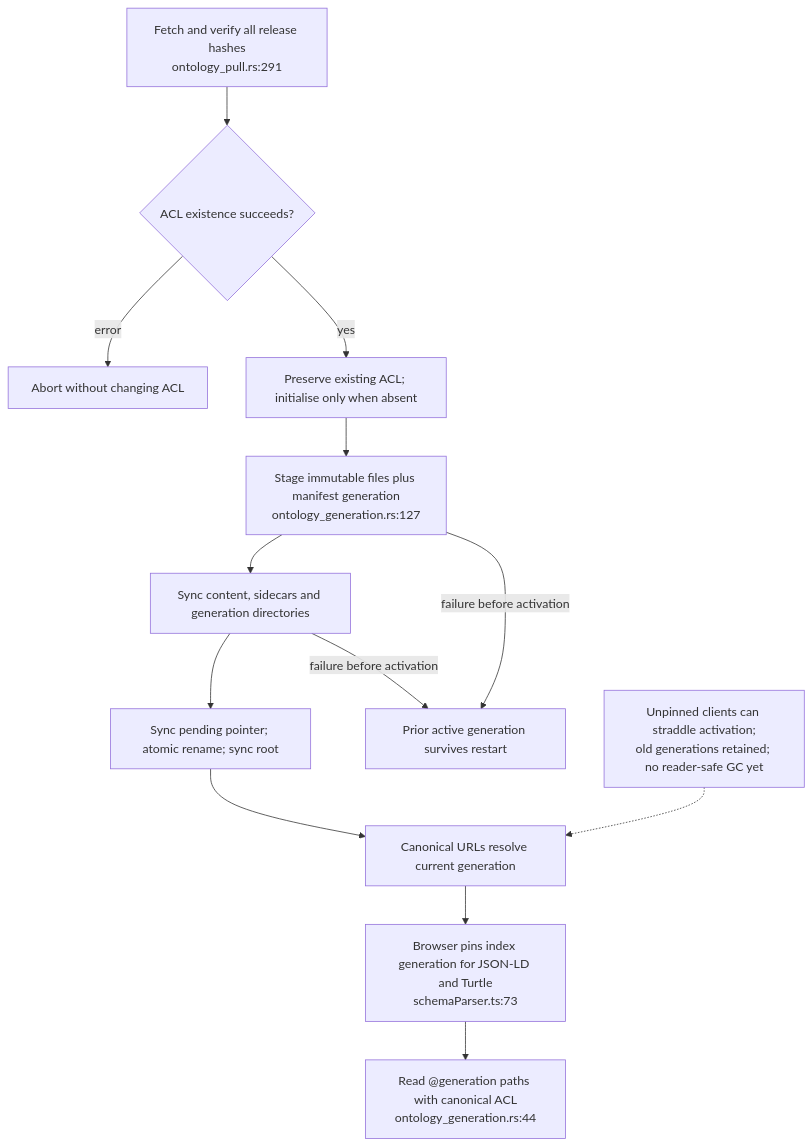
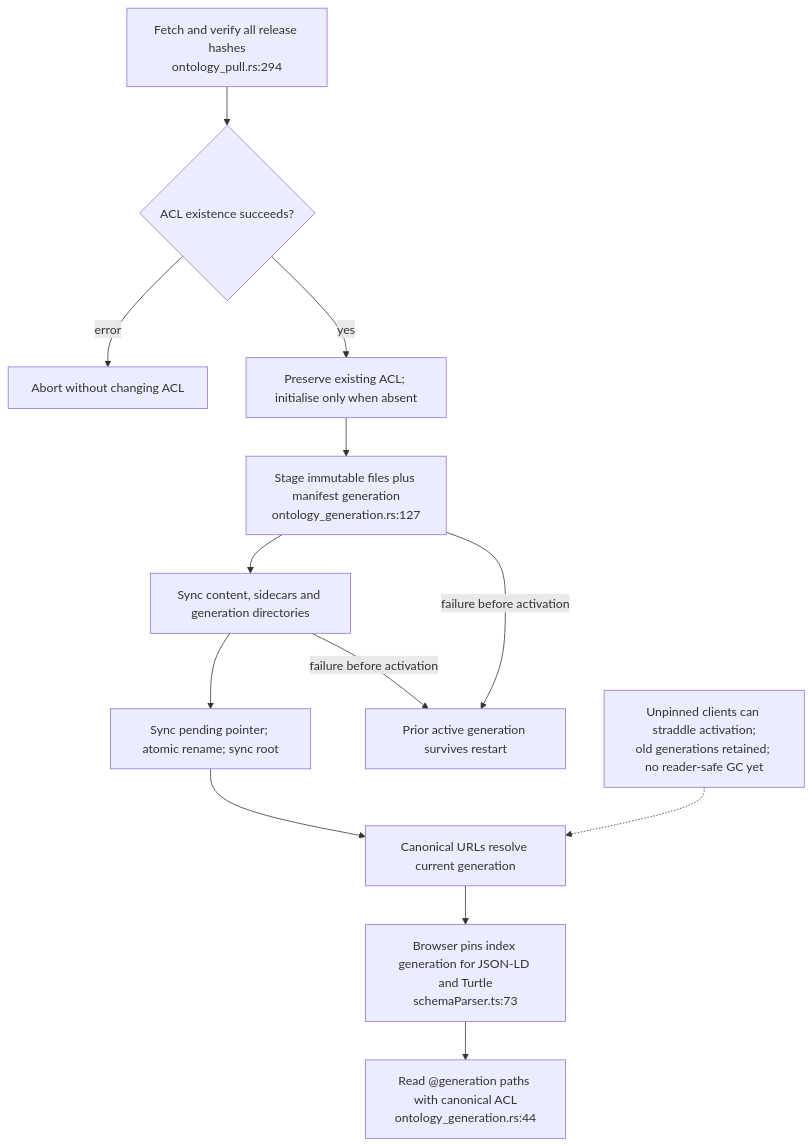
Diagram 14 of 14 in docs/diagrams/visionclaw/26-solid-pod-and-jss.md (DreamLab-AI/VisionFlow), drawn with Mermaid before and after one commit. The commit also changed other lines of this file and 51 other files, not shown here.

First line of the commit message:
docs(diagrams): agentbox AB-01..13 re-attested anchor by anchor (980 anchors, 22 defects); checkpoint against an out-of-mesh writer

````diff
--- a/docs/diagrams/visionclaw/26-solid-pod-and-jss.md
+++ b/docs/diagrams/visionclaw/26-solid-pod-and-jss.md
@@ -546,15 +546,15 @@
 ```mermaid
 flowchart TD
-    Fetch["Fetch and verify all release hashes<br/>ontology_pull.rs:291"] --> Probe{"ACL existence succeeds?"}
+    Fetch["Fetch and verify all release hashes<br/>ontology_pull.rs:294"] --> Probe{"ACL existence succeeds?"}
     Probe -->|error| Abort["Abort without changing ACL"]
     Probe -->|yes| ACL["Preserve existing ACL; initialise only when absent"]
     ACL --> Stage["Stage immutable files plus manifest generation<br/>ontology_generation.rs:127"]
     Stage --> Sync["Sync content, sidecars and generation directories"]
     Sync --> Activate["Sync pending pointer; atomic rename; sync root"]
     Stage -->|failure before activation| Old["Prior active generation survives restart"]
     Sync -->|failure before activation| Old
     Activate --> Canonical["Canonical URLs resolve current generation"]
     Canonical --> Pin["Browser pins index generation for JSON-LD and Turtle<br/>schemaParser.ts:73"]
     Pin --> Read["Read @generation paths with canonical ACL<br/>ontology_generation.rs:44"]
     Limit["Unpinned clients can straddle activation;<br/>old generations retained; no reader-safe GC yet"] -.-> Canonical
 ```
````
